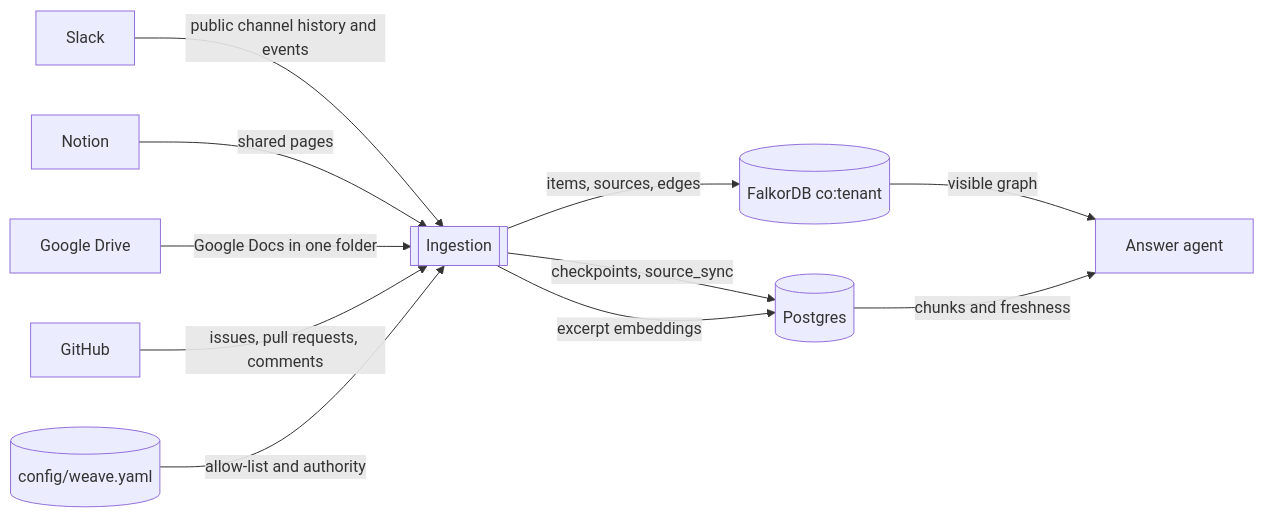
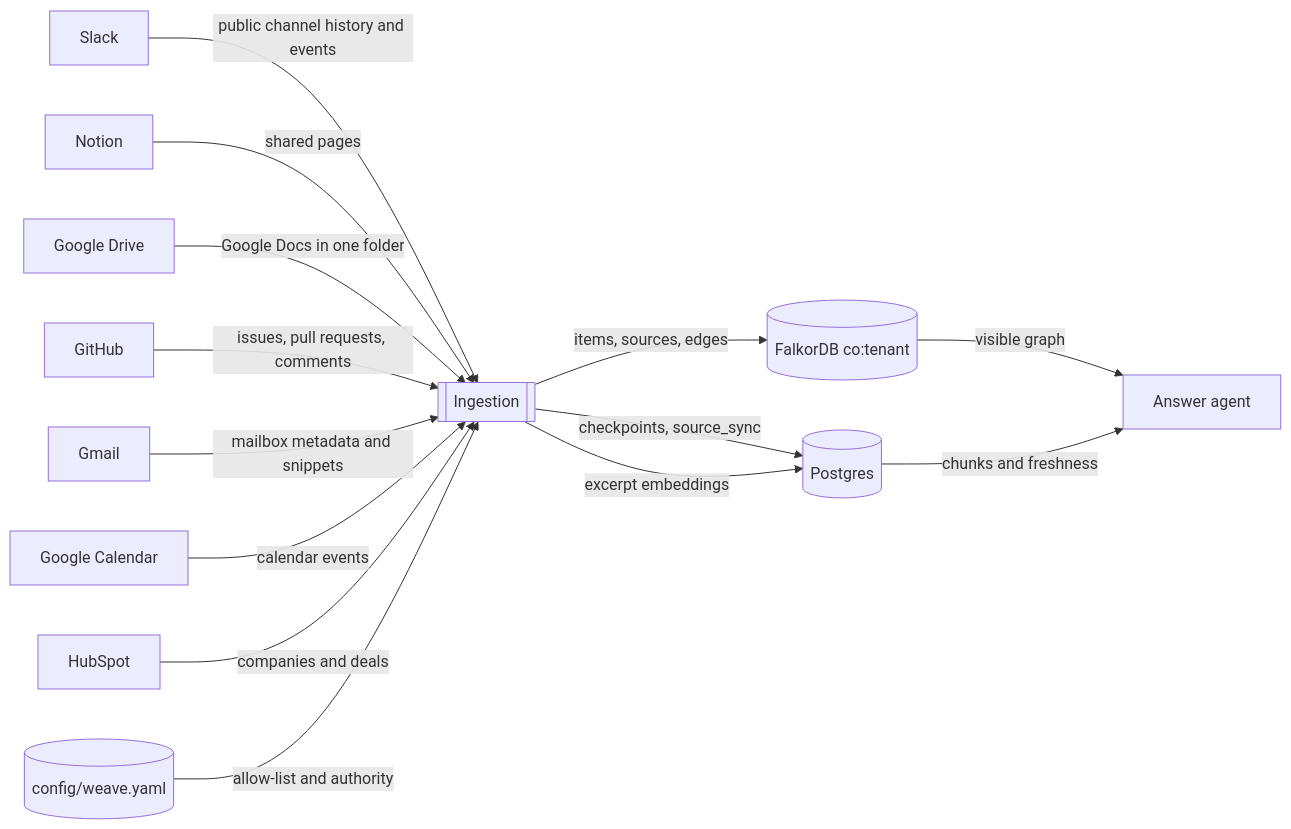
One commit to yuv008/Weave changed the first of 3 diagrams in docs/ingestion.md. Above: the diagram before and after it, drawn with Mermaid. The commit also changed other lines of this file and 30 other files, not shown here.

Commit message:
Add Gmail, Calendar, and HubSpot pollers so mail, events, and CRM records can be stored as cited excerpts.

````diff
--- a/docs/ingestion.md
+++ b/docs/ingestion.md
@@ -33,23 +33,29 @@
 ```mermaid
 flowchart LR
   slack[Slack]
   notion[Notion]
   drive[Google Drive]
   github[GitHub]
+  gmail[Gmail]
+  gcal[Google Calendar]
+  hubspot[HubSpot]
   yaml[(config/weave.yaml)]
   ingest[[Ingestion]]
   falkor[(FalkorDB co:tenant)]
   pg[(Postgres)]
   agents[Answer agent]
 
   slack -->|public channel history and events| ingest
   notion -->|shared pages| ingest
   drive -->|Google Docs in one folder| ingest
   github -->|issues, pull requests, comments| ingest
+  gmail -->|mailbox metadata and snippets| ingest
+  gcal -->|calendar events| ingest
+  hubspot -->|companies and deals| ingest
   yaml -->|allow-list and authority| ingest
   ingest -->|items, sources, edges| falkor
   ingest -->|checkpoints, source_sync| pg
   ingest -->|excerpt embeddings| pg
   falkor -->|visible graph| agents
   pg -->|chunks and freshness| agents
 ```
````
